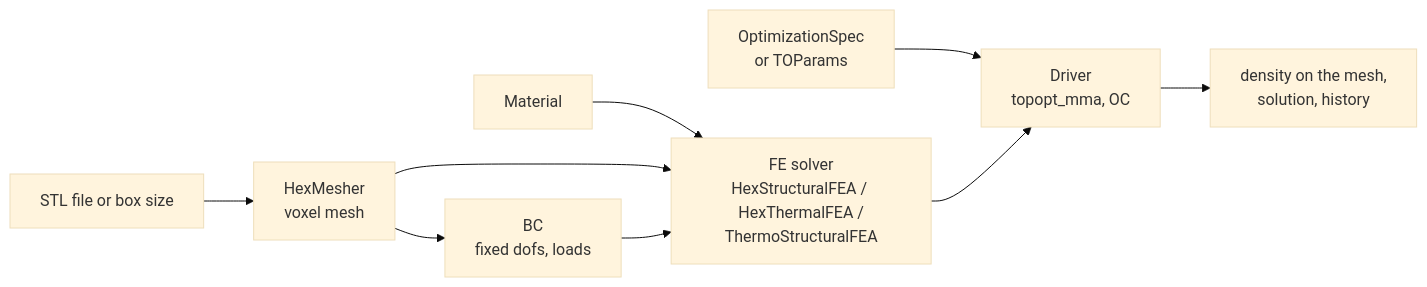
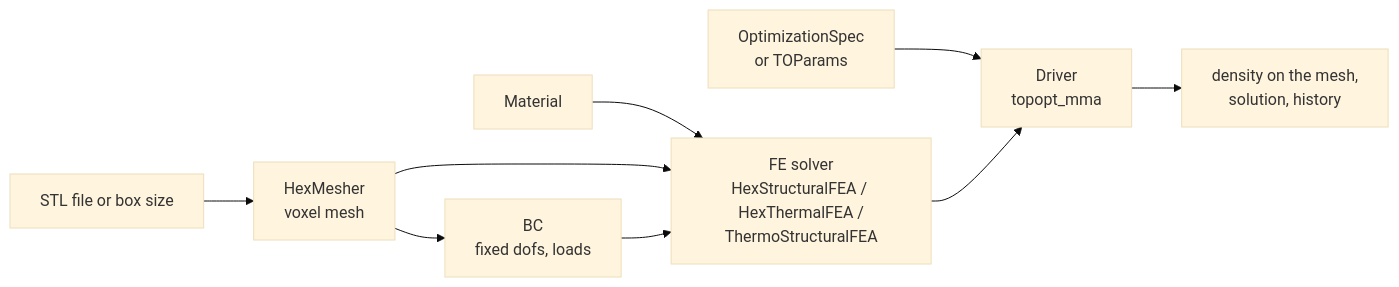
One commit to UW-ERSL/PyTO-AD changed the diagram in docs/code/concepts.md. Above: the diagram before and after it, drawn with Mermaid (base theme). The commit also changed other lines of this file and 95 other files, not shown here.

````diff
--- a/docs/code/concepts.md
+++ b/docs/code/concepts.md
@@ -6,11 +6,11 @@
 ```mermaid
 flowchart LR
     STL[STL file or box size] --> Mesh[HexMesher<br/>voxel mesh]
     Mesh --> BC[BC<br/>fixed dofs, loads]
     Mat[Material] --> FE
     Mesh --> FE[FE solver<br/>HexStructuralFEA / HexThermalFEA /<br/>ThermoStructuralFEA]
     BC --> FE
     Spec[OptimizationSpec<br/>or TOParams] --> Driver
-    FE --> Driver[Driver<br/>topopt_mma, OC]
+    FE --> Driver[Driver<br/>topopt_mma]
     Driver --> Result[density on the mesh,<br/>solution, history]
 ```
````
